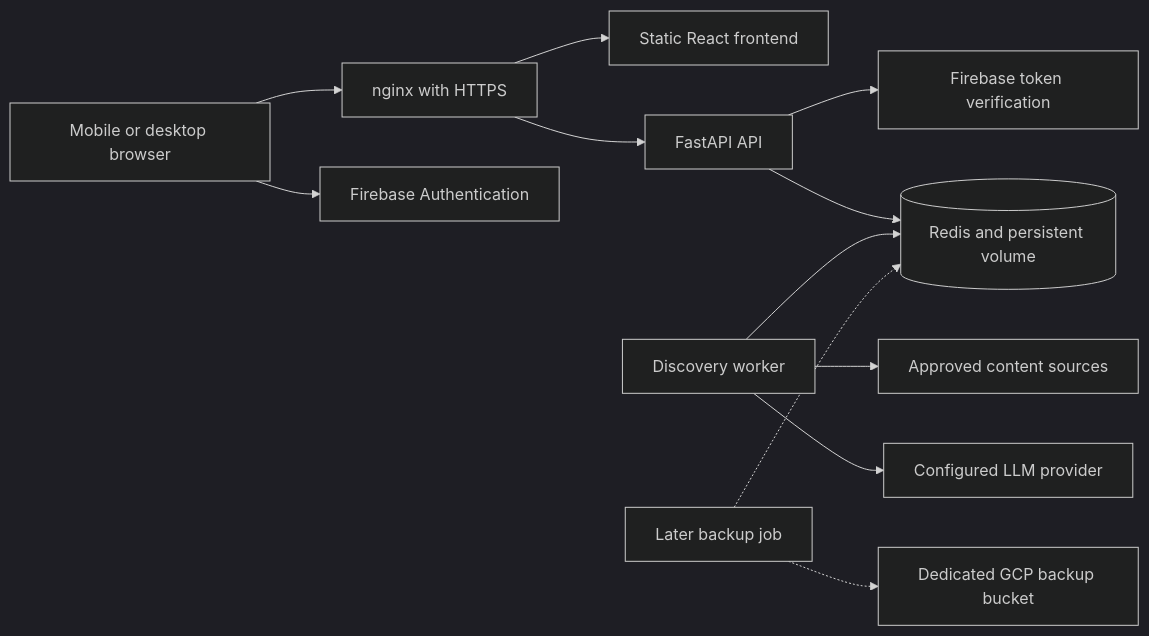
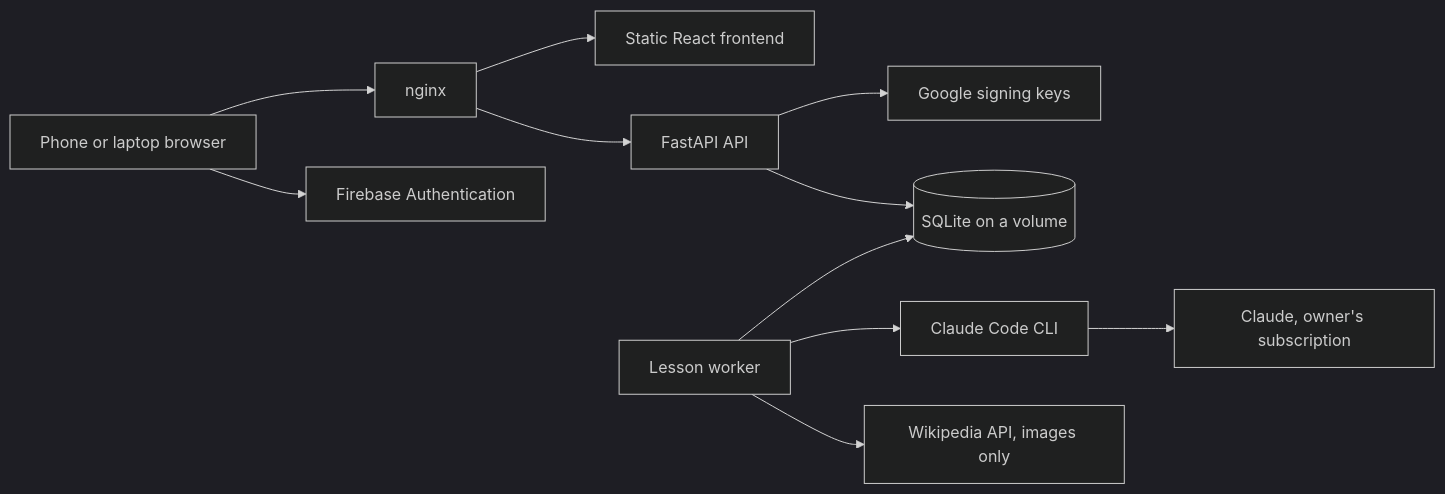
The diagram in docs/architecture.md (djvaroli/ataraxia), drawn with Mermaid (dark theme) before and after one commit. The commit also changed other lines of this file and 10 other files, not shown here.

````diff
--- a/docs/architecture.md
+++ b/docs/architecture.md
@@ -33,14 +40,13 @@
 ```mermaid
 flowchart LR
-    Phone[Mobile or desktop browser] --> Edge[nginx with HTTPS]
+    Phone[Phone or laptop browser] --> Edge[nginx]
     Phone --> Auth[Firebase Authentication]
     Edge --> Frontend[Static React frontend]
     Edge --> API[FastAPI API]
-    API --> Verify[Firebase token verification]
-    API --> Redis[(Redis and persistent volume)]
-    Worker[Discovery worker] --> Redis
-    Worker --> Sources[Approved content sources]
-    Worker --> LLM[Configured LLM provider]
-    Backup[Later backup job] -.-> Redis
-    Backup -.-> GCS[Dedicated GCP backup bucket]
+    API --> Verify[Google signing keys]
+    API --> DB[(SQLite on a volume)]
+    Worker[Lesson worker] --> DB
+    Worker --> CLI[Claude Code CLI]
+    CLI --> Claude[Claude, owner's subscription]
+    Worker --> Wiki[Wikipedia API, images only]
 ```
````
